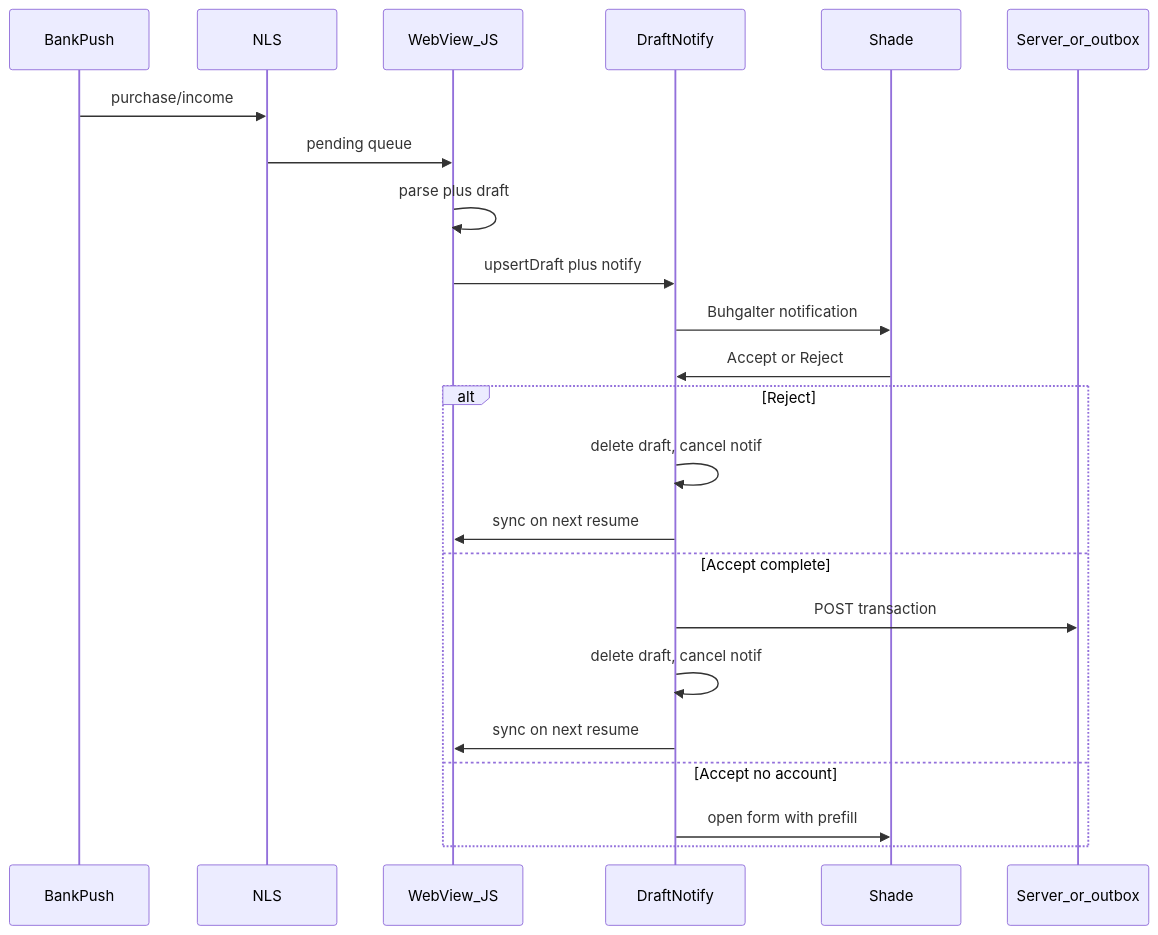
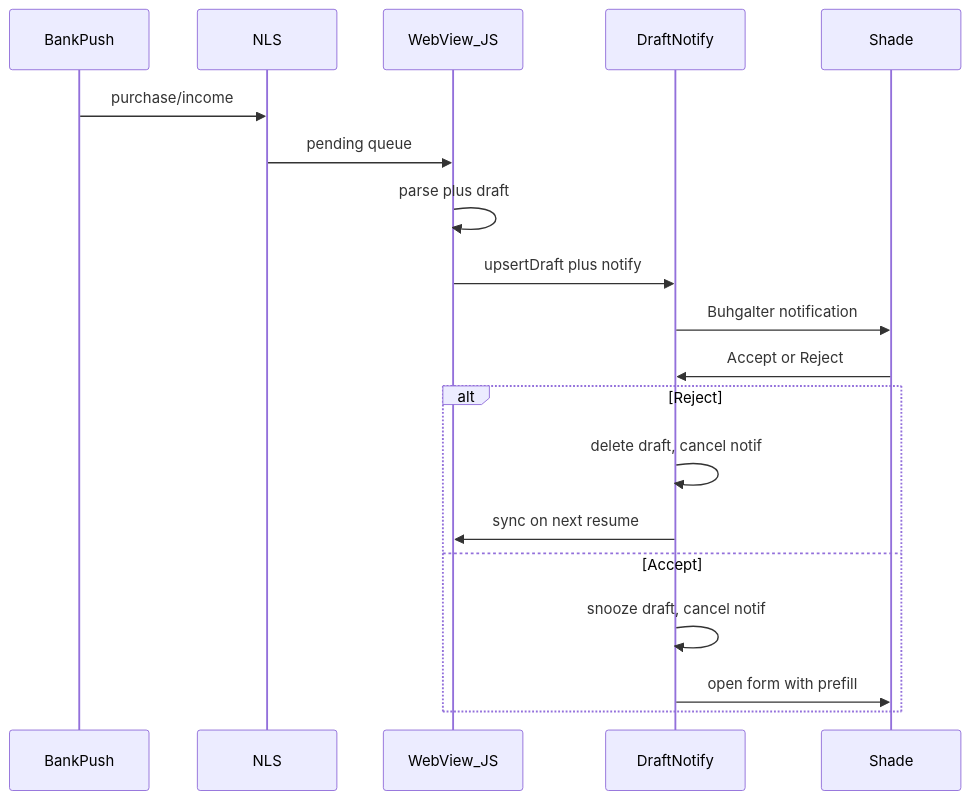
Before and after one commit to kai-zer-ru/buhgalter: the second of 3 diagrams in roadmap/notification-intercept.md, drawn with Mermaid. The commit also changed other lines of this file and 36 other files, not shown here.

````diff
--- a/roadmap/notification-intercept.md
+++ b/roadmap/notification-intercept.md
@@ -88,26 +87,22 @@
 ```mermaid
 sequenceDiagram
   participant Bank as BankPush
   participant NLS as NLS
   participant JS as WebView_JS
   participant Native as DraftNotify
   participant User as Shade
-  participant API as Server_or_outbox
 
   Bank->>NLS: purchase/income
   NLS->>JS: pending queue
   JS->>JS: parse plus draft
   JS->>Native: upsertDraft plus notify
   Native->>User: Buhgalter notification
   User->>Native: Accept or Reject
   alt Reject
     Native->>Native: delete draft, cancel notif
     Native->>JS: sync on next resume
-  else Accept complete
-    Native->>API: POST transaction
-    Native->>Native: delete draft, cancel notif
-    Native->>JS: sync on next resume
-  else Accept no account
+  else Accept
+    Native->>Native: snooze draft, cancel notif
     Native->>User: open form with prefill
   end
 ```
````
